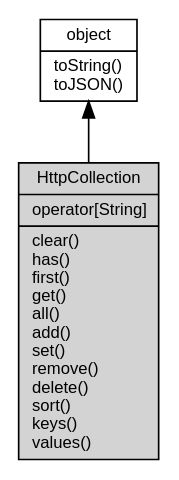
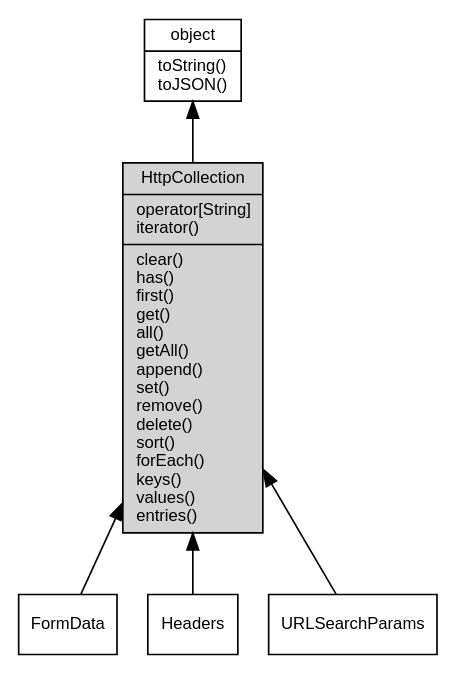
The diagram in docs/manual/object/ifs/HttpCollection.md (fibjs/fibjs.org), drawn with Graphviz before and after one commit. The commit also changed other lines of this file and 148 other files, not shown here.

First line of the commit message:
feat: add ZlibCodec documentation and update object graph

````diff
--- a/docs/manual/object/ifs/HttpCollection.md
+++ b/docs/manual/object/ifs/HttpCollection.md
@@ -56,10 +56,16 @@
 ```dot
 digraph {
     node [fontname="Helvetica,sans-Serif", fontsize=10, shape="record", style="filled", fillcolor="white"];
 
     object [tooltip="object", URL="object.md", label="{object|toString()\ltoJSON()\l}"];
-    HttpCollection [tooltip="HttpCollection", fillcolor="lightgray", id="me", label="{HttpCollection|operator[String]\l|clear()\lhas()\lfirst()\lget()\lall()\ladd()\lset()\lremove()\ldelete()\lsort()\lkeys()\lvalues()\l}"];
+    HttpCollection [tooltip="HttpCollection", fillcolor="lightgray", id="me", label="{HttpCollection|operator[String]\literator()\l|clear()\lhas()\lfirst()\lget()\lall()\lgetAll()\lappend()\lset()\lremove()\ldelete()\lsort()\lforEach()\lkeys()\lvalues()\lentries()\l}"];
+    FormData [tooltip="FormData", URL="FormData.md", label="{FormData}"];
+    Headers [tooltip="Headers", URL="Headers.md", label="{Headers}"];
+    URLSearchParams [tooltip="URLSearchParams", URL="URLSearchParams.md", label="{URLSearchParams}"];
 
     object -> HttpCollection [dir=back];
+    HttpCollection -> FormData [dir=back];
+    HttpCollection -> Headers [dir=back];
+    HttpCollection -> URLSearchParams [dir=back];
 }
 ```
````
